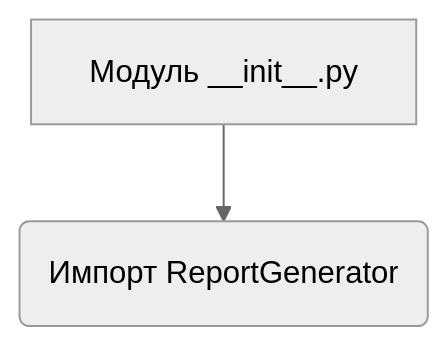
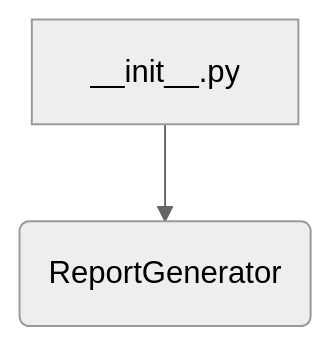
The first of 2 diagrams in docs/gemini/ru/explainer/src/endpoints/kazarinov/pricelist_generator/__init__.md (hypo69/hypo), drawn with Mermaid (neutral theme) before and after one commit. The commit also changed other lines of this file and 468 other files, not shown here.

````diff
--- a/docs/gemini/ru/explainer/src/endpoints/kazarinov/pricelist_generator/__init__.md
+++ b/docs/gemini/ru/explainer/src/endpoints/kazarinov/pricelist_generator/__init__.md
@@ -25,6 +25,4 @@
 ```mermaid
 graph TD
-    A[Модуль __init__.py] --> B(Импорт ReportGenerator);
-    
-    
+    A[__init__.py] --> B(ReportGenerator);
 ```
````
